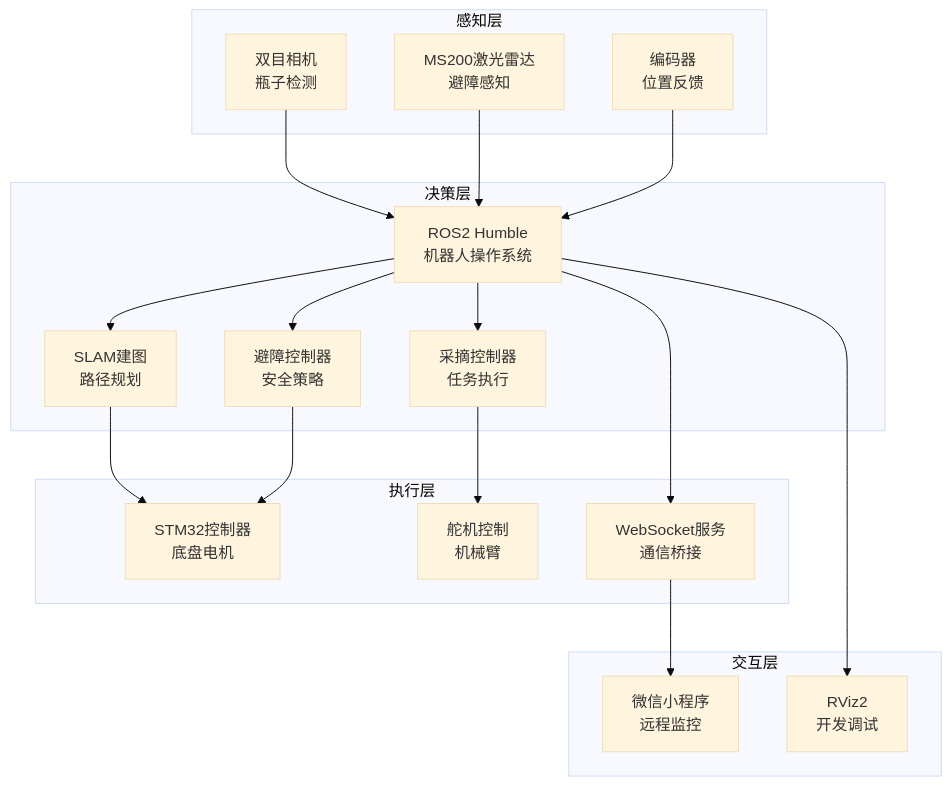
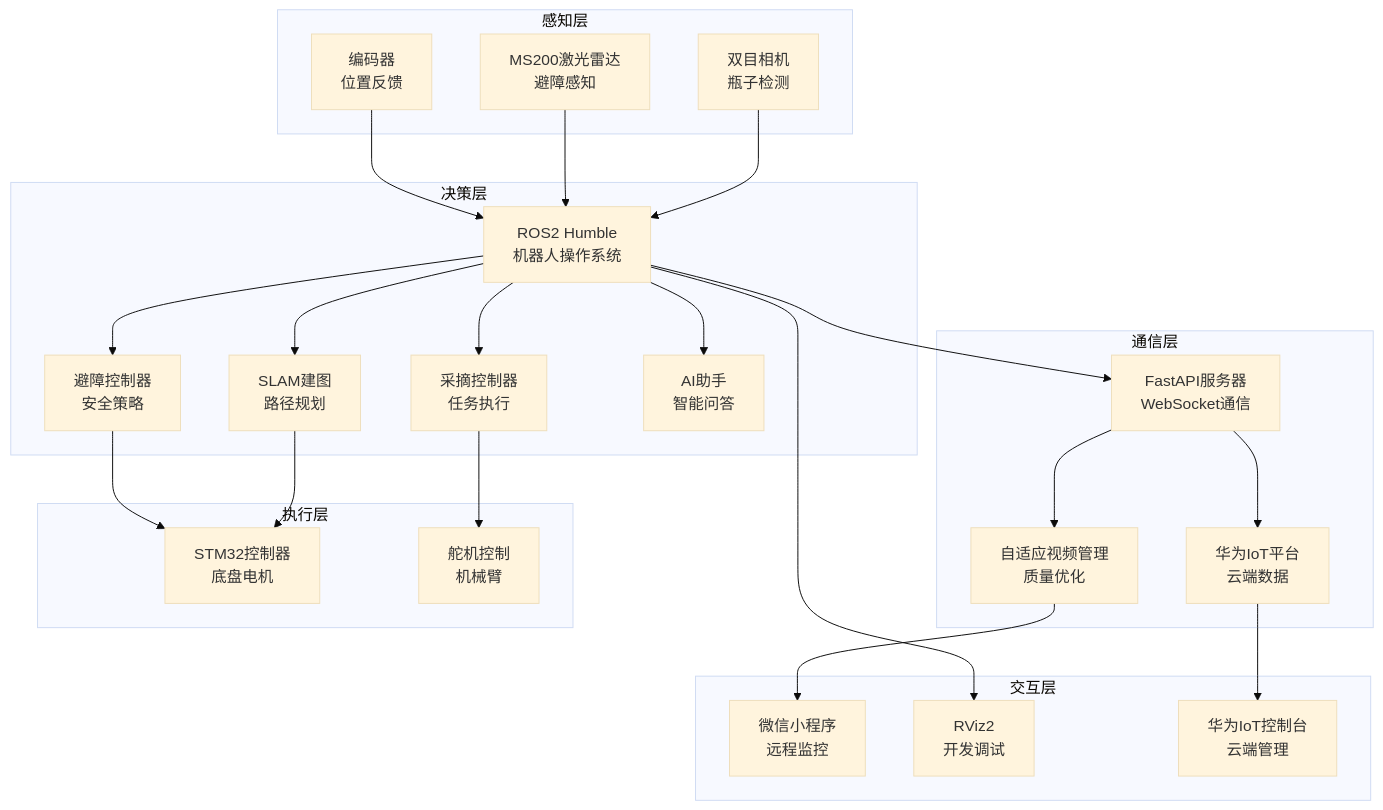
The diagram in readme.md (catlitter111/Harvesting-Robot), drawn with Mermaid (base theme) before and after one commit. The commit also changed other lines of this file, not shown here.

````diff
--- a/readme.md
+++ b/readme.md
@@ -20,39 +23,50 @@
 ```mermaid
 graph TB
     subgraph "感知层"
         A[双目相机<br/>瓶子检测] 
         B[MS200激光雷达<br/>避障感知]
         C[编码器<br/>位置反馈]
     end
     
     subgraph "决策层"
         D[ROS2 Humble<br/>机器人操作系统]
         E[SLAM建图<br/>路径规划]
         F[避障控制器<br/>安全策略]
         G[采摘控制器<br/>任务执行]
+        H[AI助手<br/>智能问答]
+    end
+    
+    subgraph "通信层"
+        I[FastAPI服务器<br/>WebSocket通信]
+        J[自适应视频管理<br/>质量优化]
+        K[华为IoT平台<br/>云端数据]
     end
     
     subgraph "执行层"
-        H[STM32控制器<br/>底盘电机]
-        I[舵机控制<br/>机械臂]
-        J[WebSocket服务<br/>通信桥接]
+        L[STM32控制器<br/>底盘电机]
+        M[舵机控制<br/>机械臂]
     end
     
     subgraph "交互层"
-        K[微信小程序<br/>远程监控]
-        L[RViz2<br/>开发调试]
+        N[微信小程序<br/>远程监控]
+        O[RViz2<br/>开发调试]
+        P[华为IoT控制台<br/>云端管理]
     end
     
     A --> D
     B --> D
     C --> D
     D --> E
     D --> F
     D --> G
-    E --> H
-    F --> H
-    G --> I
-    D --> J
-    J --> K
-    D --> L
+    D --> H
+    D --> I
+    E --> L
+    F --> L
+    G --> M
+    I --> J
+    I --> K
+    J --> N
+    K --> P
+    D --> O
 ```
````
